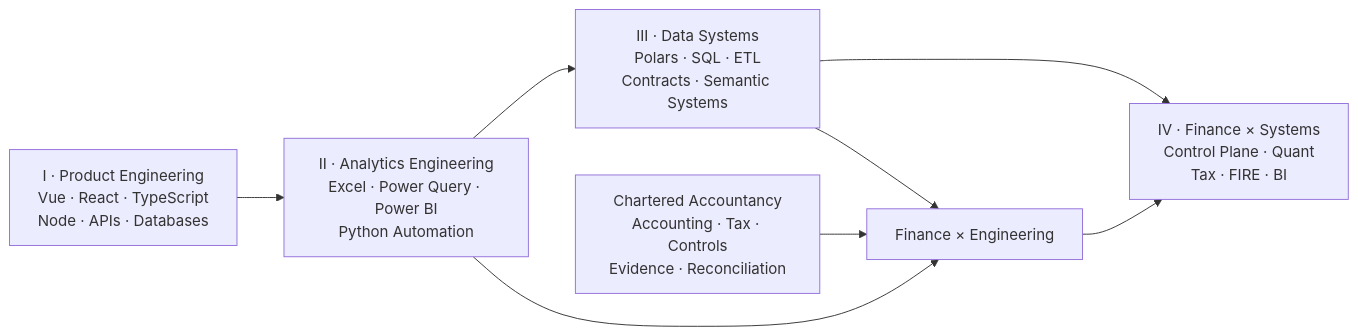
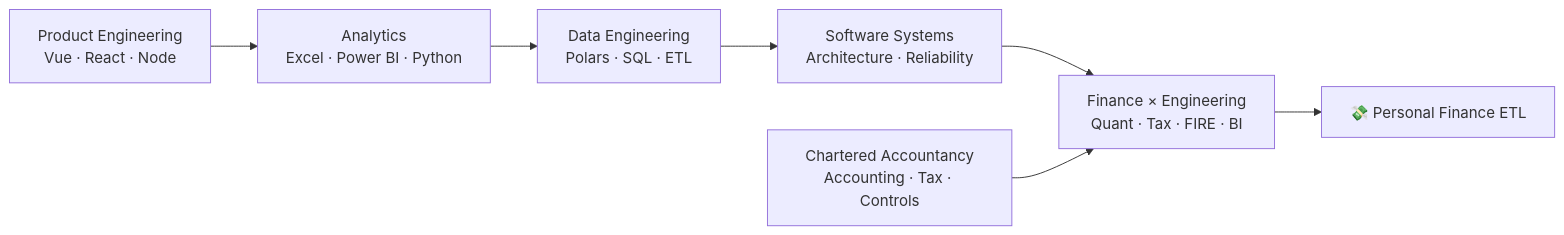
The diagram in README.md (tks18/tks18), drawn with Mermaid before and after one commit. The commit also changed other lines of this file, not shown here.

````diff
--- a/README.md
+++ b/README.md
@@ -43,14 +46,12 @@
 ```mermaid
 flowchart LR
-    WEB["I · Product Engineering<br/>Vue · React · TypeScript<br/>Node · APIs · Databases"]
-    ANA["II · Analytics Engineering<br/>Excel · Power Query · Power BI<br/>Python Automation"]
-    DATA["III · Data Systems<br/>Polars · SQL · ETL<br/>Contracts · Semantic Systems"]
-    FIN["IV · Finance × Systems<br/>Control Plane · Quant<br/>Tax · FIRE · BI"]
+    WEB["Product Engineering<br/>Vue · React · Node"]
+    ANA["Analytics<br/>Excel · Power BI · Python"]
+    DATA["Data Engineering<br/>Polars · SQL · ETL"]
+    SYS["Software Systems<br/>Architecture · Reliability"]
+    FIN["Finance × Engineering<br/>Quant · Tax · FIRE · BI"]
+    PF["💸 Personal Finance ETL"]
 
-    WEB --> ANA --> DATA --> FIN
-
-    CA["Chartered Accountancy<br/>Accounting · Tax · Controls<br/>Evidence · Reconciliation"] --> X["Finance × Engineering"]
-    ANA --> X
-    DATA --> X
-    X --> FIN
+    WEB --> ANA --> DATA --> SYS --> FIN --> PF
+    CA["Chartered Accountancy<br/>Accounting · Tax · Controls"] --> FIN
 ```
````
